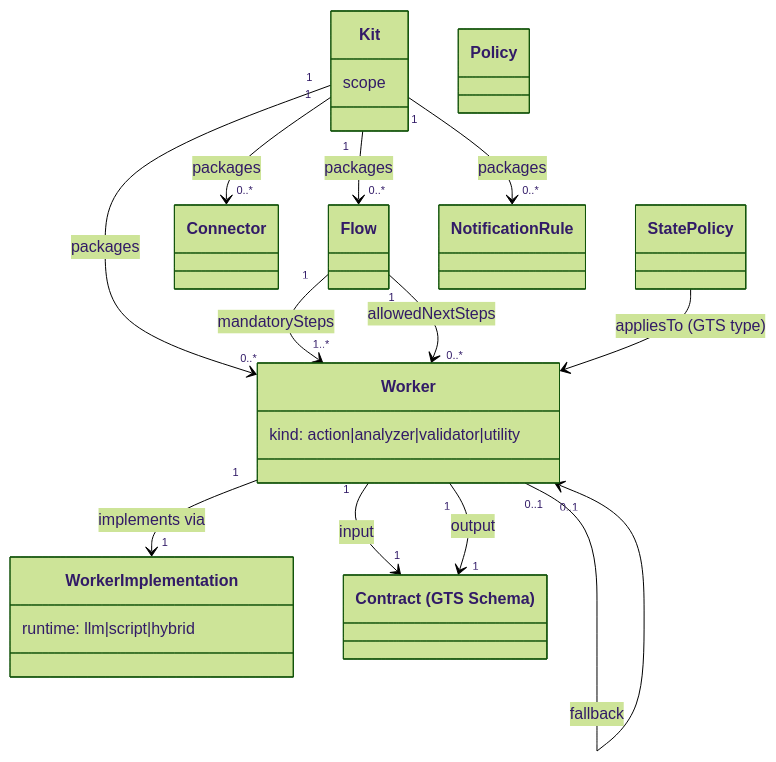
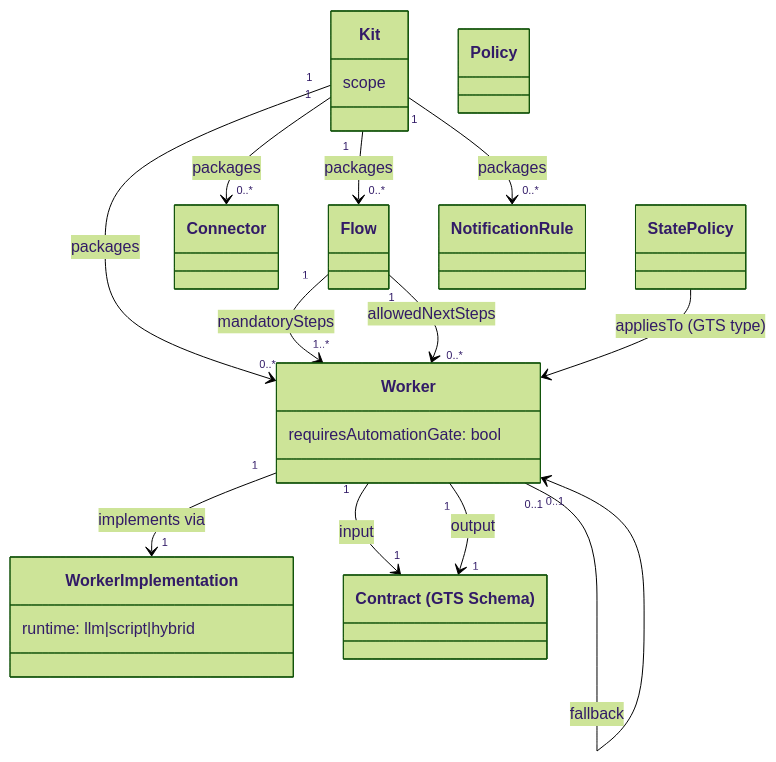
One commit to constructorfabric/studio changed the second of 52 diagrams in v2/docs/domain-model.md. Above: the diagram before and after it, drawn with Mermaid (forest theme). The commit also changed other lines of this file and 1 other file, not shown here.

First line of the commit message:
docs(v2): remove Worker.kind; add requiresAutomationGate; Action becomes UI concept

````diff
--- a/v2/docs/domain-model.md
+++ b/v2/docs/domain-model.md
@@ -44,34 +44,34 @@
 ```mermaid
 classDiagram
     class Kit {
         scope
     }
     class Worker {
-        kind: action|analyzer|validator|utility
+        requiresAutomationGate: bool
     }
     class Flow
     class Connector
     class WorkerImplementation {
         runtime: llm|script|hybrid
     }
     class Contract["Contract (GTS Schema)"]
     class StatePolicy
     class Policy
     class NotificationRule
 
     Kit "1" --> "0..*" Worker       : packages
     Kit "1" --> "0..*" Flow         : packages
     Kit "1" --> "0..*" Connector    : packages
     Kit "1" --> "0..*" NotificationRule : packages
 
     Worker "1" --> "1"   WorkerImplementation : implements via
     Worker "1" --> "1"   Contract             : input
     Worker "1" --> "1"   Contract             : output
     Worker "0..*" --> "0..*" Worker           : dependencies (static)
     Worker "0..1" --> "0..1" Worker           : fallback
 
     Flow "1" --> "1..*" Worker  : mandatorySteps
     Flow "1" --> "0..*" Worker  : allowedNextSteps
 
     StatePolicy --> Worker : appliesTo (GTS type)
 ```
````
